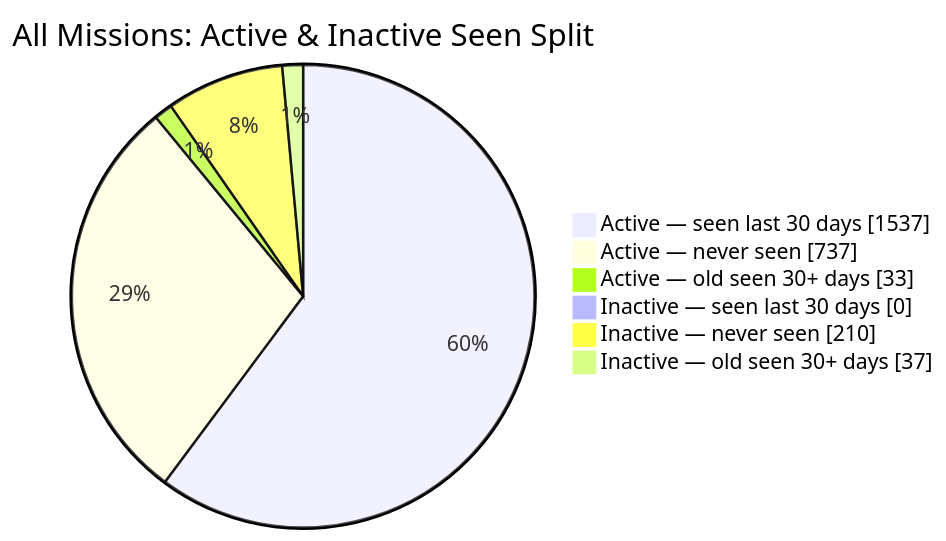
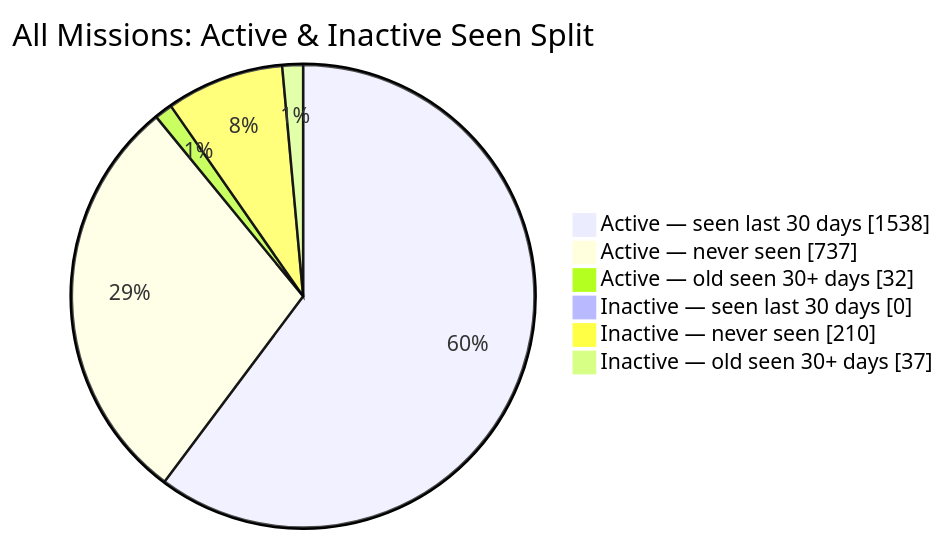
The second of 2 diagrams in README.md (MeldkamerspelGameTeam/active-missions), drawn with Mermaid before and after one commit. The commit also changed other lines of this file and 3 other files, not shown here.

````diff
--- a/README.md
+++ b/README.md
@@ -44,10 +44,10 @@
 ```mermaid
 pie showData
     title All Missions: Active & Inactive Seen Split
-    "Active — seen last 30 days" : 1537
+    "Active — seen last 30 days" : 1538
     "Active — never seen" : 737
-    "Active — old seen 30+ days" : 33
+    "Active — old seen 30+ days" : 32
     "Inactive — seen last 30 days" : 0
     "Inactive — never seen" : 210
     "Inactive — old seen 30+ days" : 37
 ```
````
